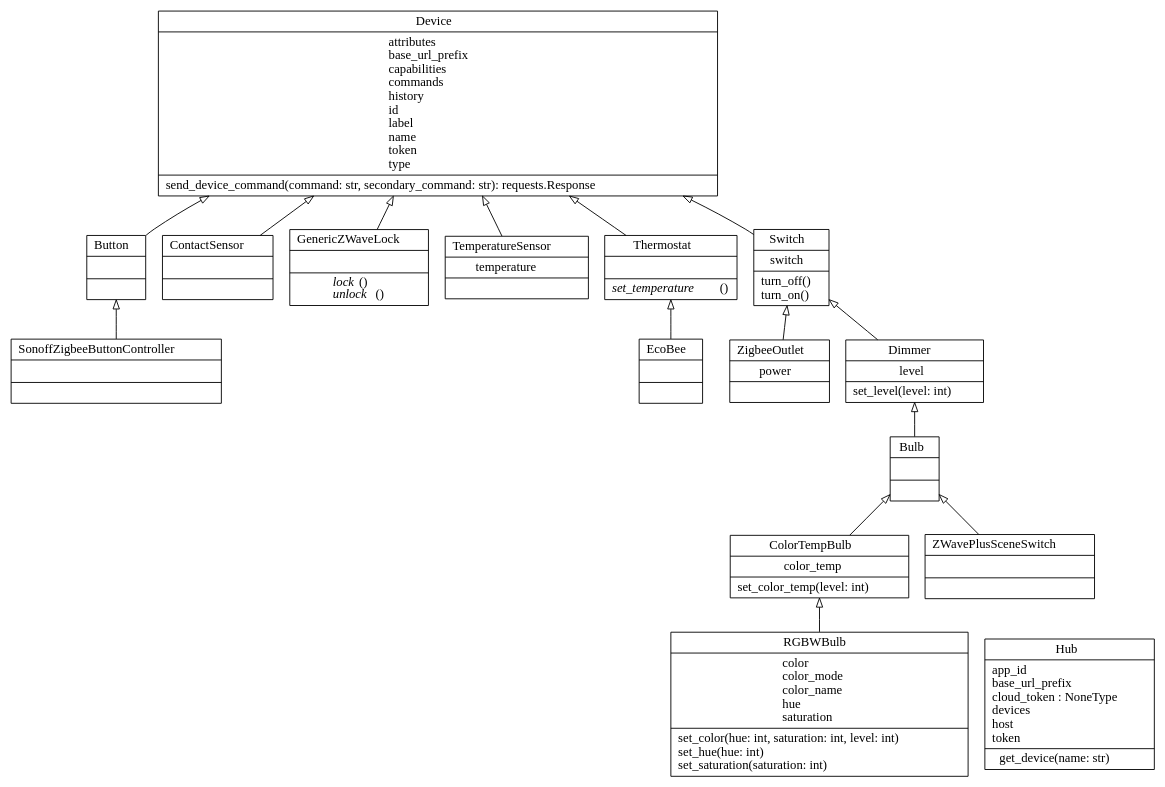
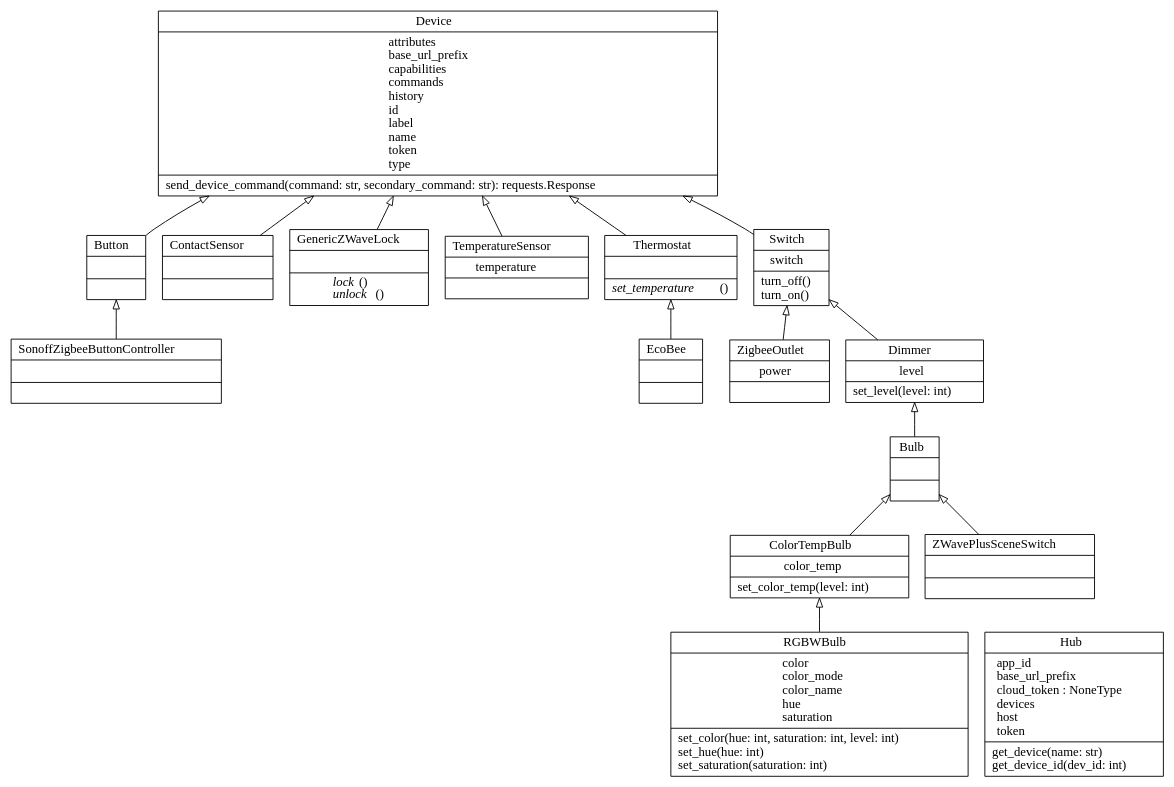
The diagram in docs/classes.dot (Jelloeater/hubitatcontrol), drawn with Graphviz before and after one commit. The commit also changed 4 other files, not shown here.

```diff
--- a/docs/classes.dot
+++ b/docs/classes.dot
@@ -1,34 +1,34 @@
 digraph "classes" {
 rankdir=BT
 charset="utf-8"
 "hubitatcontrol.lights.Bulb" [color="black", fontcolor="black", label=<{Bulb|<br ALIGN="LEFT"/>|}>, shape="record", style="solid"];
 "hubitatcontrol.generic.Button" [color="black", fontcolor="black", label=<{Button|<br ALIGN="LEFT"/>|}>, shape="record", style="solid"];
 "hubitatcontrol.lights.ColorTempBulb" [color="black", fontcolor="black", label=<{ColorTempBulb|color_temp<br ALIGN="LEFT"/>|set_color_temp(level: int)<br ALIGN="LEFT"/>}>, shape="record", style="solid"];
 "hubitatcontrol.sensors.ContactSensor" [color="black", fontcolor="black", label=<{ContactSensor|<br ALIGN="LEFT"/>|}>, shape="record", style="solid"];
 "hubitatcontrol.hub.Device" [color="black", fontcolor="black", label=<{Device|attributes<br ALIGN="LEFT"/>base_url_prefix<br ALIGN="LEFT"/>capabilities<br ALIGN="LEFT"/>commands<br ALIGN="LEFT"/>history<br ALIGN="LEFT"/>id<br ALIGN="LEFT"/>label<br ALIGN="LEFT"/>name<br ALIGN="LEFT"/>token<br ALIGN="LEFT"/>type<br ALIGN="LEFT"/>|send_device_command(command: str, secondary_command: str): requests.Response<br ALIGN="LEFT"/>}>, shape="record", style="solid"];
 "hubitatcontrol.lights.Dimmer" [color="black", fontcolor="black", label=<{Dimmer|level<br ALIGN="LEFT"/>|set_level(level: int)<br ALIGN="LEFT"/>}>, shape="record", style="solid"];
 "hubitatcontrol.generic.EcoBee" [color="black", fontcolor="black", label=<{EcoBee|<br ALIGN="LEFT"/>|}>, shape="record", style="solid"];
 "hubitatcontrol.generic.GenericZWaveLock" [color="black", fontcolor="black", label=<{GenericZWaveLock|<br ALIGN="LEFT"/>|<I>lock</I>()<br ALIGN="LEFT"/><I>unlock</I>()<br ALIGN="LEFT"/>}>, shape="record", style="solid"];
-"hubitatcontrol.hub.Hub" [color="black", fontcolor="black", label=<{Hub|app_id<br ALIGN="LEFT"/>base_url_prefix<br ALIGN="LEFT"/>cloud_token : NoneType<br ALIGN="LEFT"/>devices<br ALIGN="LEFT"/>host<br ALIGN="LEFT"/>token<br ALIGN="LEFT"/>|get_device(name: str)<br ALIGN="LEFT"/>}>, shape="record", style="solid"];
+"hubitatcontrol.hub.Hub" [color="black", fontcolor="black", label=<{Hub|app_id<br ALIGN="LEFT"/>base_url_prefix<br ALIGN="LEFT"/>cloud_token : NoneType<br ALIGN="LEFT"/>devices<br ALIGN="LEFT"/>host<br ALIGN="LEFT"/>token<br ALIGN="LEFT"/>|get_device(name: str)<br ALIGN="LEFT"/>get_device_id(dev_id: int)<br ALIGN="LEFT"/>}>, shape="record", style="solid"];
 "hubitatcontrol.lights.RGBWBulb" [color="black", fontcolor="black", label=<{RGBWBulb|color<br ALIGN="LEFT"/>color_mode<br ALIGN="LEFT"/>color_name<br ALIGN="LEFT"/>hue<br ALIGN="LEFT"/>saturation<br ALIGN="LEFT"/>|set_color(hue: int, saturation: int, level: int)<br ALIGN="LEFT"/>set_hue(hue: int)<br ALIGN="LEFT"/>set_saturation(saturation: int)<br ALIGN="LEFT"/>}>, shape="record", style="solid"];
 "hubitatcontrol.generic.SonoffZigbeeButtonController" [color="black", fontcolor="black", label=<{SonoffZigbeeButtonController|<br ALIGN="LEFT"/>|}>, shape="record", style="solid"];
 "hubitatcontrol.generic.Switch" [color="black", fontcolor="black", label=<{Switch|switch<br ALIGN="LEFT"/>|turn_off()<br ALIGN="LEFT"/>turn_on()<br ALIGN="LEFT"/>}>, shape="record", style="solid"];
 "hubitatcontrol.sensors.TemperatureSensor" [color="black", fontcolor="black", label=<{TemperatureSensor|temperature<br ALIGN="LEFT"/>|}>, shape="record", style="solid"];
 "hubitatcontrol.generic.Thermostat" [color="black", fontcolor="black", label=<{Thermostat|<br ALIGN="LEFT"/>|<I>set_temperature</I>()<br ALIGN="LEFT"/>}>, shape="record", style="solid"];
 "hubitatcontrol.lights.ZWavePlusSceneSwitch" [color="black", fontcolor="black", label=<{ZWavePlusSceneSwitch|<br ALIGN="LEFT"/>|}>, shape="record", style="solid"];
 "hubitatcontrol.generic.ZigbeeOutlet" [color="black", fontcolor="black", label=<{ZigbeeOutlet|power<br ALIGN="LEFT"/>|}>, shape="record", style="solid"];
 "hubitatcontrol.generic.Button" -> "hubitatcontrol.hub.Device" [arrowhead="empty", arrowtail="none"];
 "hubitatcontrol.generic.EcoBee" -> "hubitatcontrol.generic.Thermostat" [arrowhead="empty", arrowtail="none"];
 "hubitatcontrol.generic.GenericZWaveLock" -> "hubitatcontrol.hub.Device" [arrowhead="empty", arrowtail="none"];
 "hubitatcontrol.generic.SonoffZigbeeButtonController" -> "hubitatcontrol.generic.Button" [arrowhead="empty", arrowtail="none"];
 "hubitatcontrol.generic.Switch" -> "hubitatcontrol.hub.Device" [arrowhead="empty", arrowtail="none"];
 "hubitatcontrol.generic.Thermostat" -> "hubitatcontrol.hub.Device" [arrowhead="empty", arrowtail="none"];
 "hubitatcontrol.generic.ZigbeeOutlet" -> "hubitatcontrol.generic.Switch" [arrowhead="empty", arrowtail="none"];
 "hubitatcontrol.lights.Bulb" -> "hubitatcontrol.lights.Dimmer" [arrowhead="empty", arrowtail="none"];
 "hubitatcontrol.lights.ColorTempBulb" -> "hubitatcontrol.lights.Bulb" [arrowhead="empty", arrowtail="none"];
 "hubitatcontrol.lights.Dimmer" -> "hubitatcontrol.generic.Switch" [arrowhead="empty", arrowtail="none"];
 "hubitatcontrol.lights.RGBWBulb" -> "hubitatcontrol.lights.ColorTempBulb" [arrowhead="empty", arrowtail="none"];
 "hubitatcontrol.lights.ZWavePlusSceneSwitch" -> "hubitatcontrol.lights.Bulb" [arrowhead="empty", arrowtail="none"];
 "hubitatcontrol.sensors.ContactSensor" -> "hubitatcontrol.hub.Device" [arrowhead="empty", arrowtail="none"];
 "hubitatcontrol.sensors.TemperatureSensor" -> "hubitatcontrol.hub.Device" [arrowhead="empty", arrowtail="none"];
 }
```
